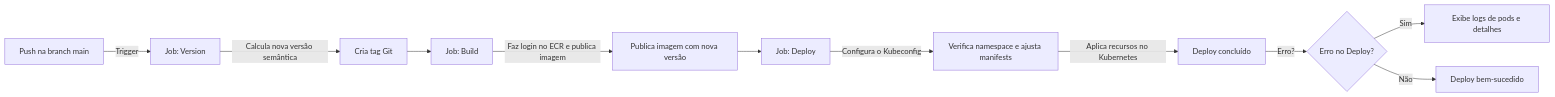
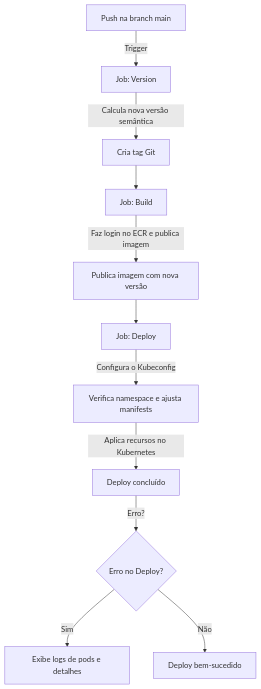
The second of 2 diagrams in docs/fase_3/cicd_code_app.md (software-architecture-fiap/tech-challenge), drawn with Mermaid before and after one commit. The commit also changed other lines of this file, not shown here.

````diff
--- a/docs/fase_3/cicd_code_app.md
+++ b/docs/fase_3/cicd_code_app.md
@@ -80,13 +80,13 @@
 ```mermaid
-flowchart LR
+flowchart TD
     A[Push na branch main] -->|Trigger| B[Job: Version]
     B -->|Calcula nova versão semântica| C[Cria tag Git]
     C --> D[Job: Build]
     D -->|Faz login no ECR e publica imagem| E[Publica imagem com nova versão]
     E --> F[Job: Deploy]
     F -->|Configura o Kubeconfig| G[Verifica namespace e ajusta manifests]
     G -->|Aplica recursos no Kubernetes| H[Deploy concluído]
     H -->|Erro?| I{Erro no Deploy?}
     I -->|Sim| J[Exibe logs de pods e detalhes]
     I -->|Não| K[Deploy bem-sucedido]
 ```
````
